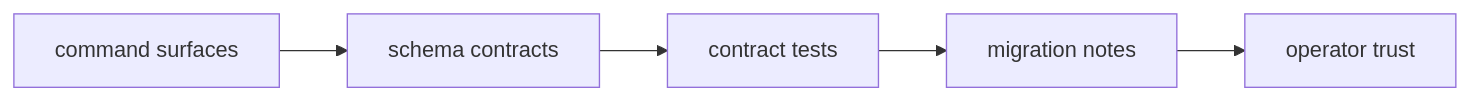
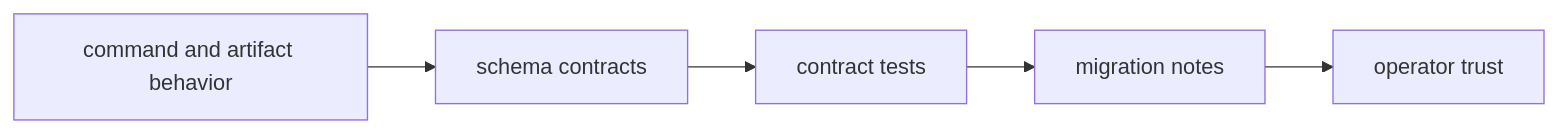
The diagram in docs/bijux-core/governance/compatibility-and-schema.md (bijux/bijux-cli), drawn with Mermaid before and after one commit. The commit also changed other lines of this file, not shown here.

Commit message:
docs(core-governance): clarify compatibility and schema

````diff
--- a/docs/bijux-core/governance/compatibility-and-schema.md
+++ b/docs/bijux-core/governance/compatibility-and-schema.md
@@ -17,7 +20,7 @@
 ```mermaid
 flowchart LR
-    command_surface[command surfaces] --> schemas[schema contracts]
-    schemas --> tests[contract tests]
-    tests --> migration[migration notes]
-    migration --> operators[operator trust]
+    behavior["command and artifact behavior"] --> schemas["schema contracts"]
+    schemas --> tests["contract tests"]
+    tests --> migration["migration notes"]
+    migration --> operators["operator trust"]
 ```
````
